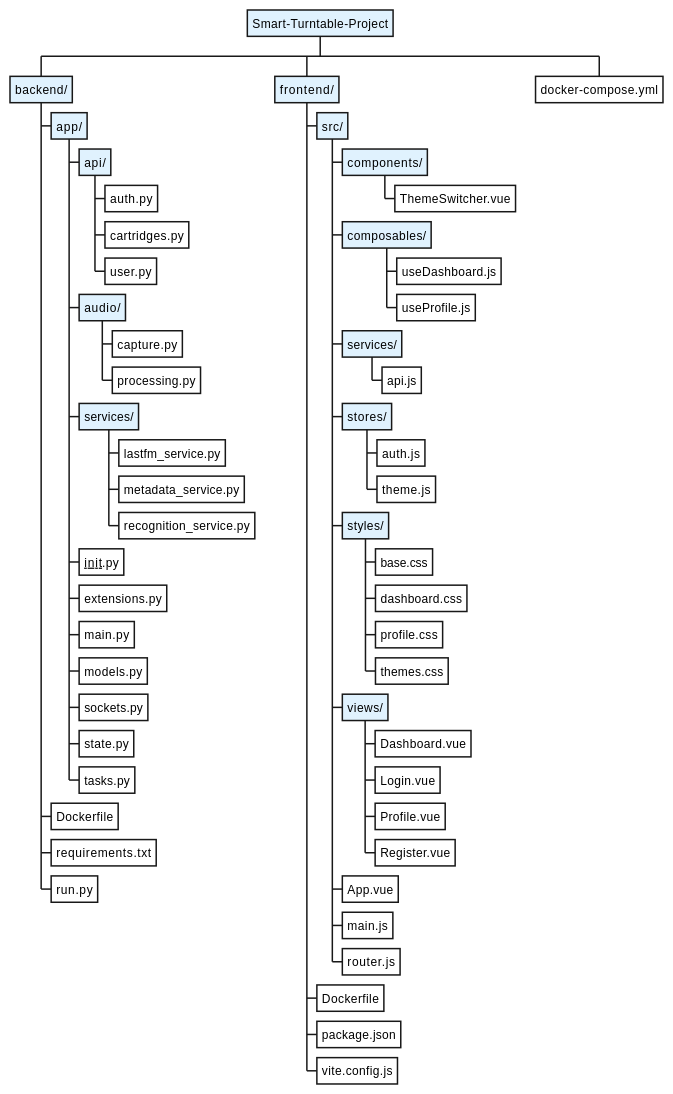
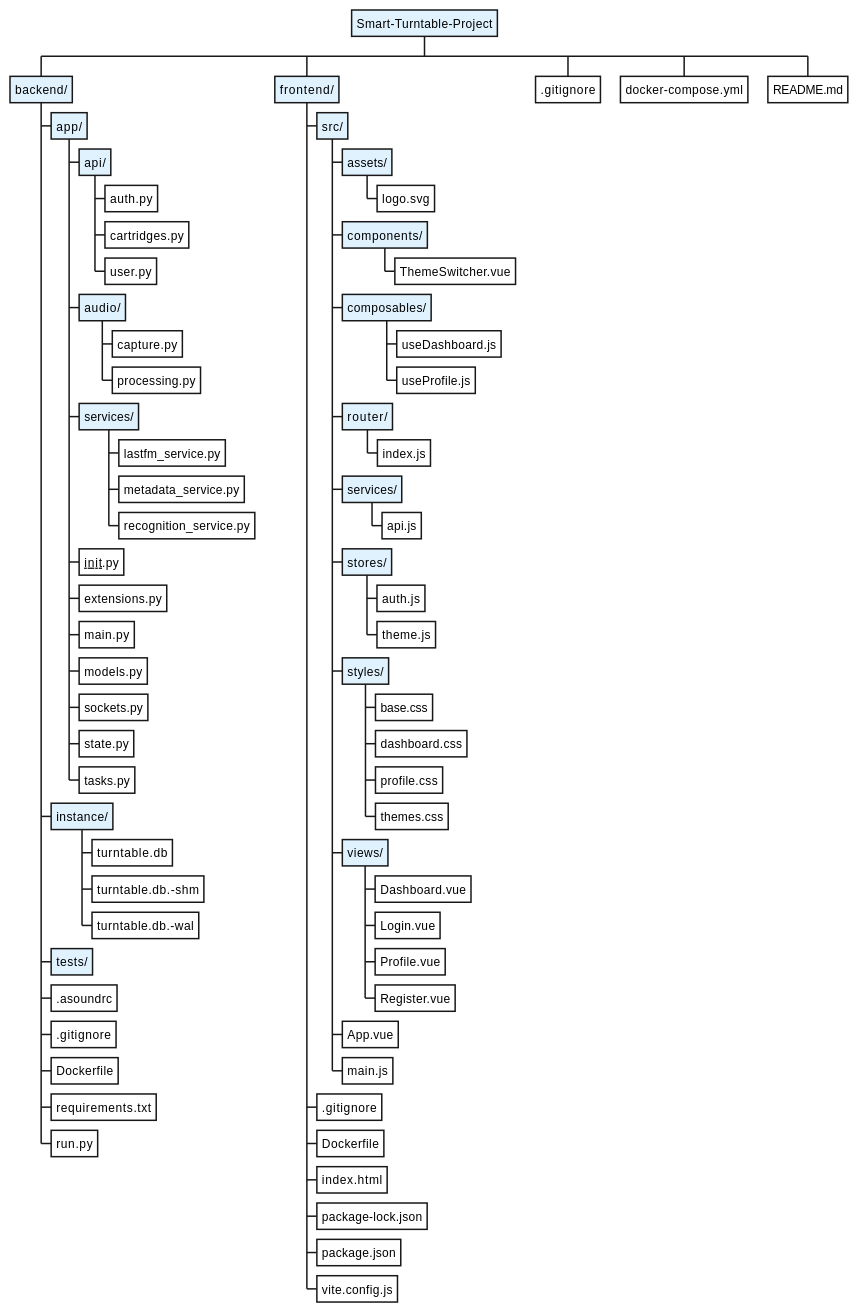
One commit to kissdaniel28567/Analog-music-recogniser changed the first of 6 diagrams in Documentation/Diagrams.md. Above: the diagram before and after it, drawn with PlantUML. The commit also changed other lines of this file, not shown here.

Commit message:
Add: Diagrams markdown for documentation

```diff
--- a/Documentation/Diagrams.md
+++ b/Documentation/Diagrams.md
@@ -42,16 +42,28 @@
 **** sockets.py <<file>>
 **** state.py <<file>>
 **** tasks.py <<file>>
+*** instance/
+**** turntable.db <<file>>
+**** turntable.db.-shm <<file>>
+**** turntable.db.-wal <<file>>
+*** tests/
+*** .asoundrc <<file>>
+*** .gitignore <<file>>
 *** Dockerfile <<file>>
 *** requirements.txt <<file>>
 *** run.py <<file>>
+
 ** frontend/
 *** src/
+**** assets/
+***** logo.svg <<file>>
 **** components/
 ***** ThemeSwitcher.vue <<file>>
 **** composables/
 ***** useDashboard.js <<file>>
 ***** useProfile.js <<file>>
+**** router/
+***** index.js <<file>>
 **** services/
 ***** api.js <<file>>
 **** stores/
@@ -69,11 +81,15 @@
 ***** Register.vue <<file>>
 **** App.vue <<file>>
 **** main.js <<file>>
-**** router.js <<file>>
+*** .gitignore <<file>>
 *** Dockerfile <<file>>
+*** index.html <<file>>
+*** package-lock.json <<file>>
 *** package.json <<file>>
 *** vite.config.js <<file>>
+** .gitignore <<file>>
 ** docker-compose.yml <<file>>
+** README.md <<file>>
 
 @endwbs
 
```
